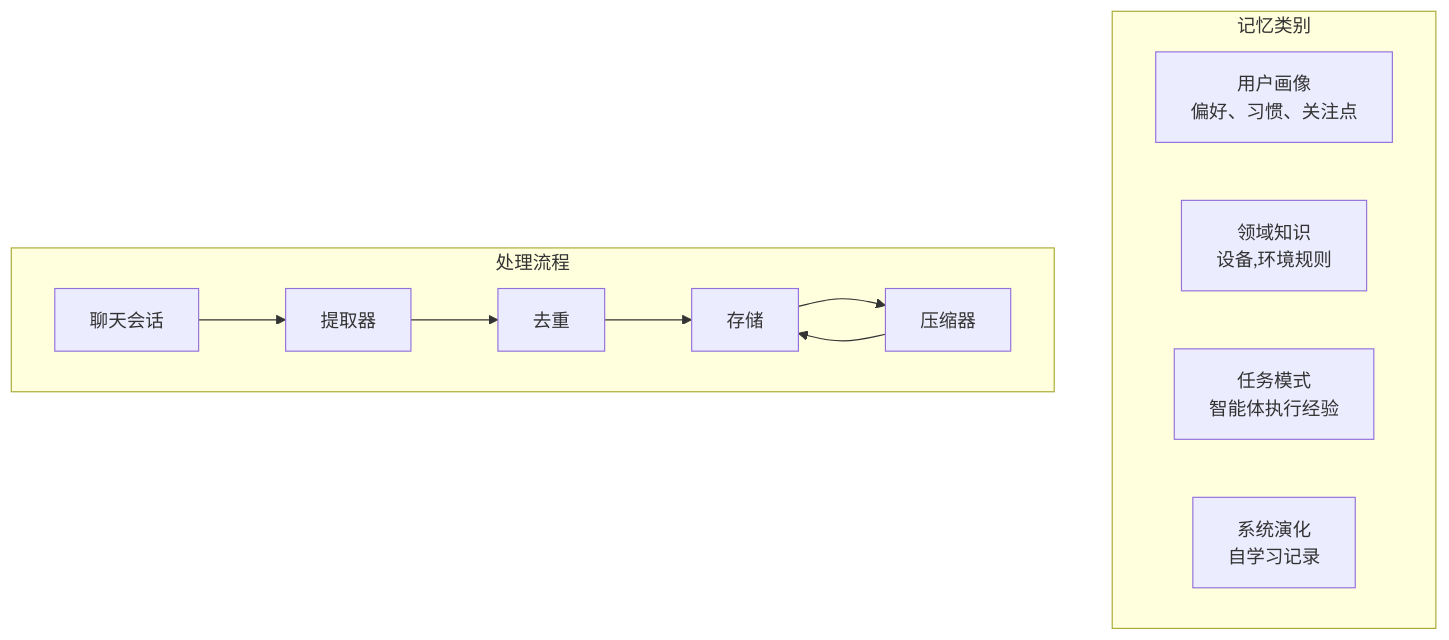
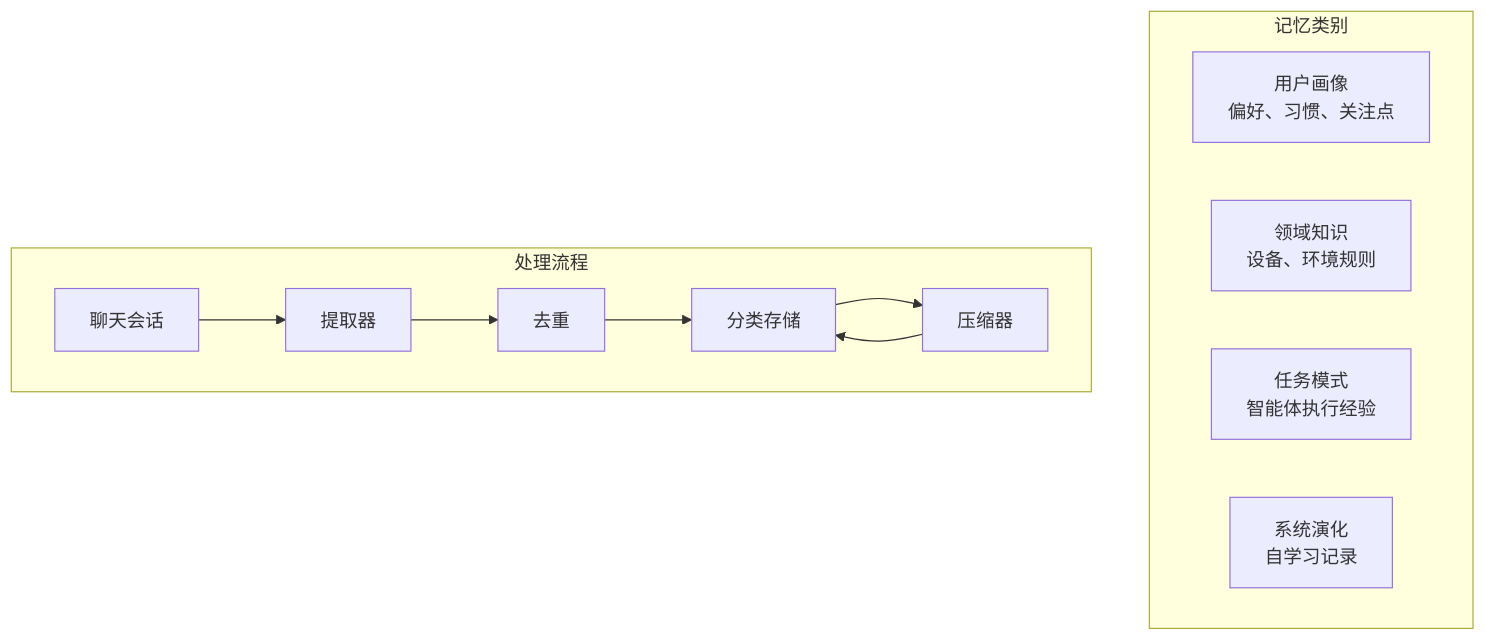
One commit to mingmingshen/NeoMind changed the diagram in docs/guides/zh/08-memory.md. Above: the diagram before and after it, drawn with Mermaid. The commit also changed other lines of this file and 4 other files, not shown here.

````diff
--- a/docs/guides/zh/08-memory.md
+++ b/docs/guides/zh/08-memory.md
@@ -17,16 +22,17 @@
 ```mermaid
 graph TB
     subgraph "记忆类别"
         UP[用户画像<br/>偏好、习惯、关注点]
-        DK[领域知识<br/>设备,环境规则]
+        DK[领域知识<br/>设备、环境规则]
         TP[任务模式<br/>智能体执行经验]
         SE[系统演化<br/>自学习记录]
     end
+
     subgraph "处理流程"
         Chat[聊天会话] --> Extract[提取器]
         Extract --> Dedup[去重]
-        Dedup --> Store[存储]
+        Dedup --> Store[分类存储]
         Store --> Compress[压缩器]
         Compress --> Store
     end
 ```
````
